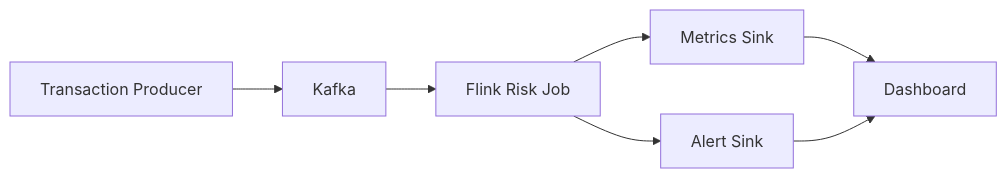
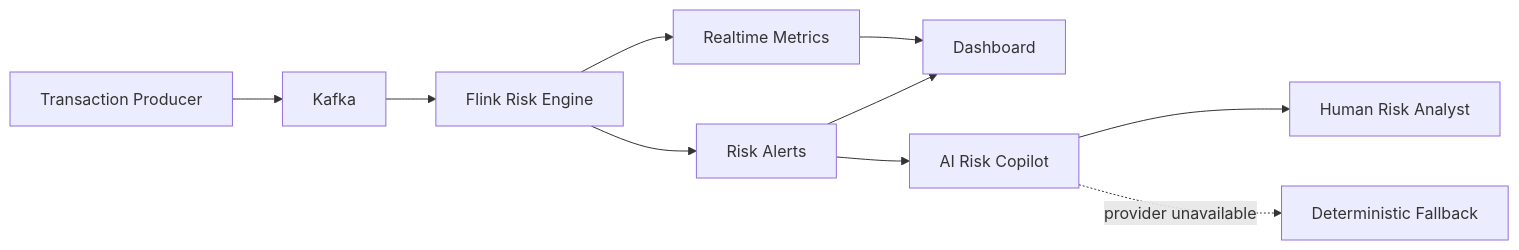
The diagram in README.md (plutoczm/finguard-realtime-risk-monitor), drawn with Mermaid before and after one commit. The commit also changed other lines of this file and 14 other files, not shown here.

Commit message:
feat: add AI risk investigation copilot and CI

````diff
--- a/README.md
+++ b/README.md
@@ -11,9 +9,12 @@
 ```mermaid
 flowchart LR
-    A[Transaction Producer] --> B[Kafka]
-    B --> C[Flink Risk Job]
-    C --> D[Metrics Sink]
-    C --> E[Alert Sink]
-    D --> F[Dashboard]
-    E --> F
+    P[Transaction Producer] --> K[Kafka]
+    K --> F[Flink Risk Engine]
+    F --> M[Realtime Metrics]
+    F --> A[Risk Alerts]
+    M --> D[Dashboard]
+    A --> D
+    A --> C[AI Risk Copilot]
+    C --> H[Human Risk Analyst]
+    C -. provider unavailable .-> G[Deterministic Fallback]
 ```
````
